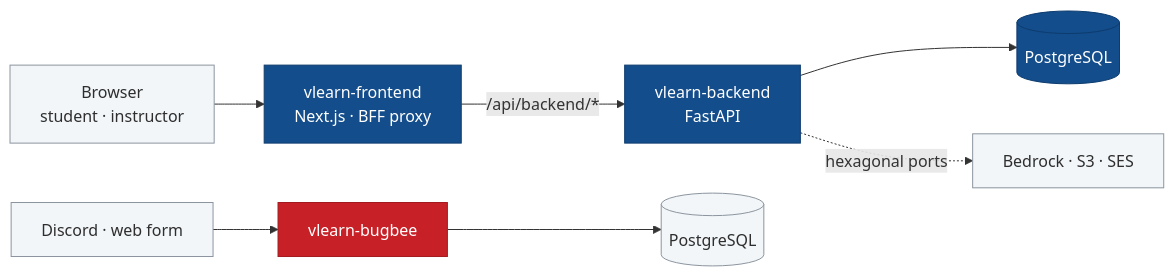
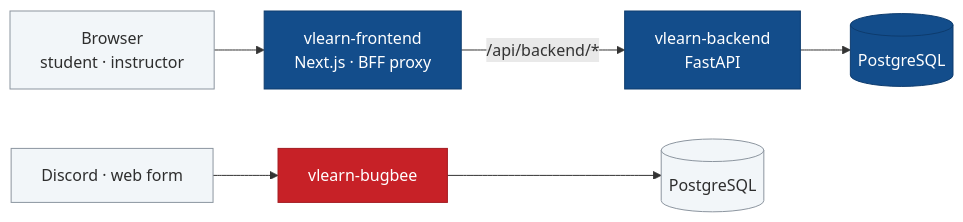
The diagram in profile/README.md (vinuni-vlearn/.github), drawn with Mermaid before and after one commit. The commit also changed other lines of this file, not shown here.

First line of the commit message:
Keep the diagram clear of GitHub own controls

````diff
--- a/profile/README.md
+++ b/profile/README.md
@@ -35,15 +35,14 @@
 ```mermaid
 flowchart LR
   B["Browser<br/>student · instructor"] --> FE["vlearn-frontend<br/>Next.js · BFF proxy"]
   FE -- "/api/backend/*" --> BE["vlearn-backend<br/>FastAPI"]
   BE --> DB[("PostgreSQL")]
-  BE -. "hexagonal ports" .-> EXT["Bedrock · S3 · SES"]
   RP["Discord · web form"] --> BB["vlearn-bugbee"] --> BDB[("PostgreSQL")]
 
   classDef navy fill:#134D8B,stroke:#0E3C6E,color:#FFFFFF;
   classDef red fill:#C72127,stroke:#A31B20,color:#FFFFFF;
   classDef plain fill:#F2F6F9,stroke:#8C959F,color:#2E2E2E;
   class FE,BE,DB navy;
   class BB red;
-  class B,EXT,RP,BDB plain;
+  class B,RP,BDB plain;
 ```
````
